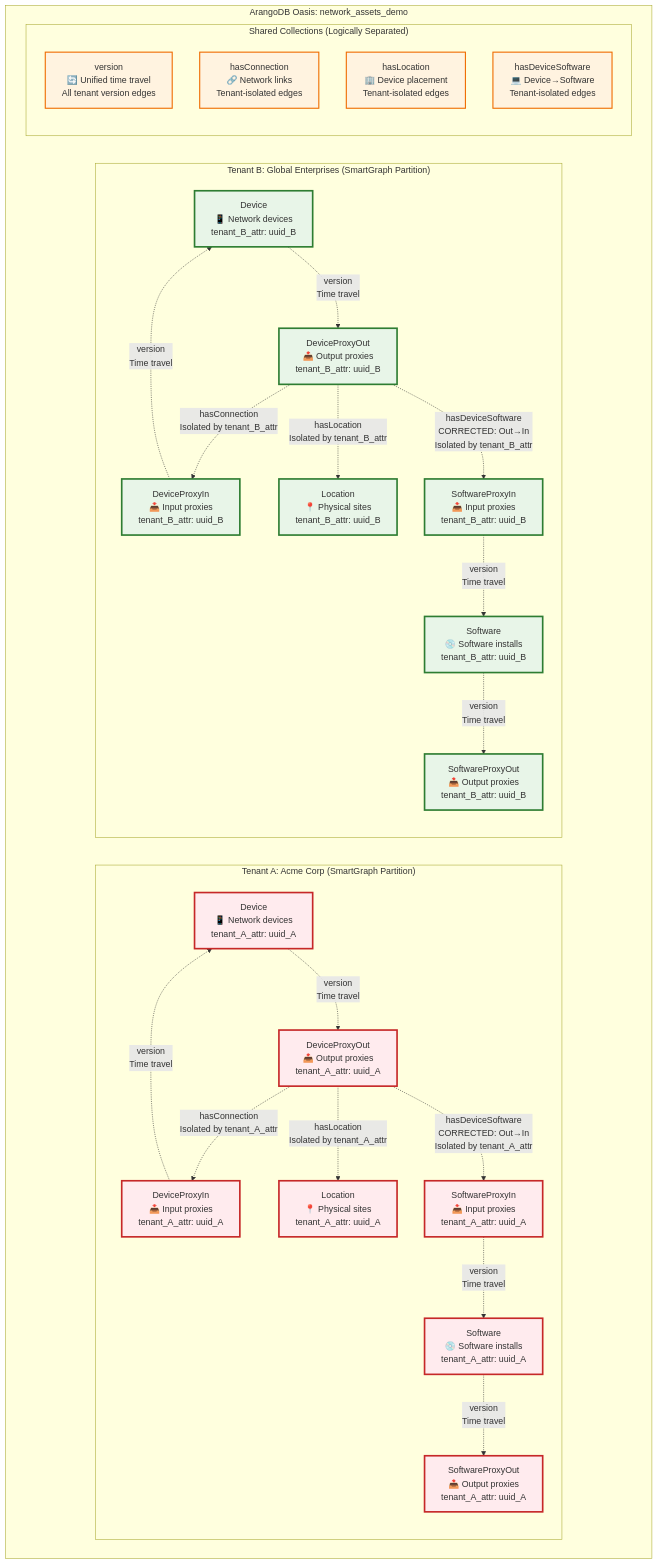
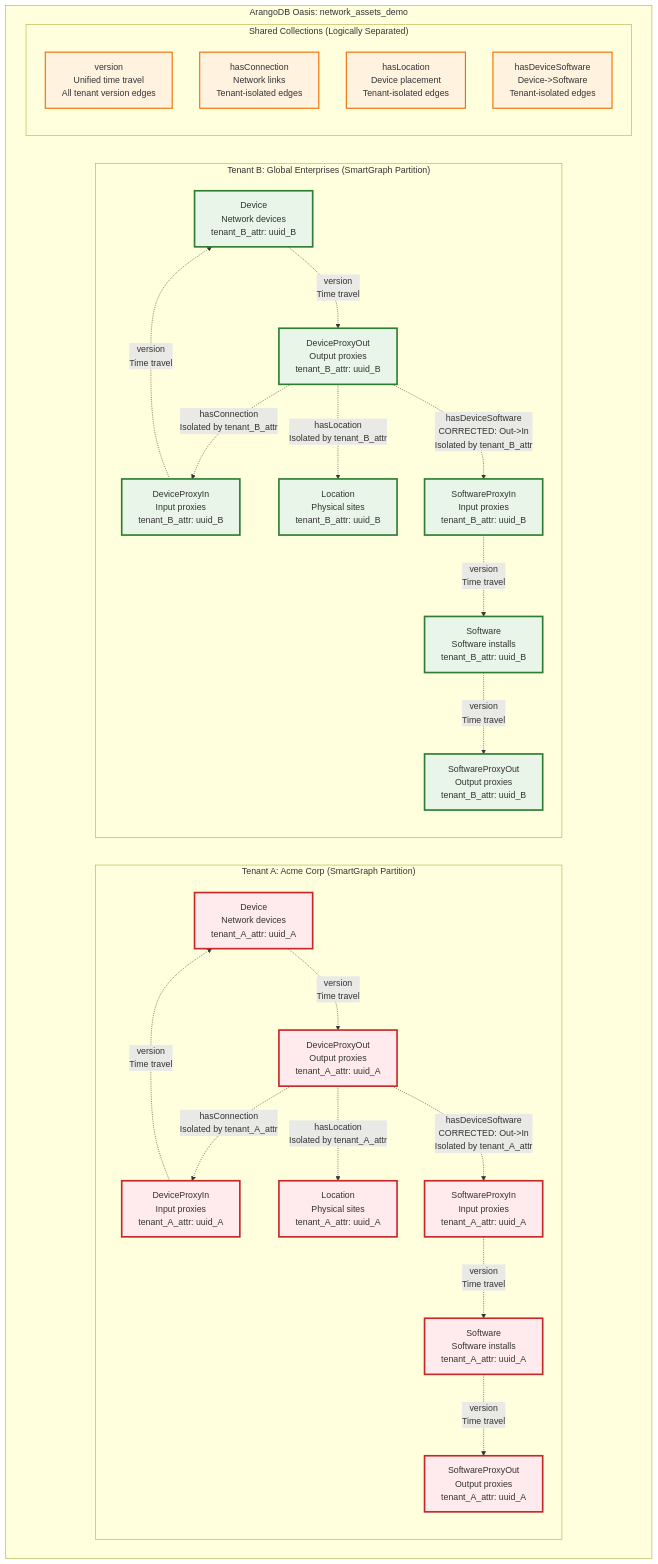
Before and after one commit to ArthurKeen/scalable-multi-tenant-temporal-graph-reference-implementation: the second of 2 diagrams in README.md, drawn with Mermaid. The commit also changed other lines of this file, not shown here.

First line of the commit message:
CRITICAL FIX: Remove all emojis from README.md - ASCII compliance

````diff
--- a/README.md
+++ b/README.md
@@ -102,63 +102,63 @@
 ```mermaid
 graph TB
     subgraph "ArangoDB Oasis: network_assets_demo"
         subgraph "Tenant A: Acme Corp (SmartGraph Partition)"
             direction TB
-            DA[Device<br/>📱 Network devices<br/>tenant_A_attr: uuid_A]
-            DPIA[DeviceProxyIn<br/>📥 Input proxies<br/>tenant_A_attr: uuid_A]
-            DPOA[DeviceProxyOut<br/>📤 Output proxies<br/>tenant_A_attr: uuid_A]
-            SA[Software<br/>💿 Software installs<br/>tenant_A_attr: uuid_A]
-            SPIA[SoftwareProxyIn<br/>📥 Input proxies<br/>tenant_A_attr: uuid_A]
-            SPOA[SoftwareProxyOut<br/>📤 Output proxies<br/>tenant_A_attr: uuid_A]
-            LA[Location<br/>📍 Physical sites<br/>tenant_A_attr: uuid_A]
+            DA[Device<br/>Network devices<br/>tenant_A_attr: uuid_A]
+            DPIA[DeviceProxyIn<br/>Input proxies<br/>tenant_A_attr: uuid_A]
+            DPOA[DeviceProxyOut<br/>Output proxies<br/>tenant_A_attr: uuid_A]
+            SA[Software<br/>Software installs<br/>tenant_A_attr: uuid_A]
+            SPIA[SoftwareProxyIn<br/>Input proxies<br/>tenant_A_attr: uuid_A]
+            SPOA[SoftwareProxyOut<br/>Output proxies<br/>tenant_A_attr: uuid_A]
+            LA[Location<br/>Physical sites<br/>tenant_A_attr: uuid_A]
         end
         
         subgraph "Tenant B: Global Enterprises (SmartGraph Partition)"  
             direction TB
-            DB[Device<br/>📱 Network devices<br/>tenant_B_attr: uuid_B]
-            DPIB[DeviceProxyIn<br/>📥 Input proxies<br/>tenant_B_attr: uuid_B]
-            DPOB[DeviceProxyOut<br/>📤 Output proxies<br/>tenant_B_attr: uuid_B]
-            SB[Software<br/>💿 Software installs<br/>tenant_B_attr: uuid_B]
-            SPIB[SoftwareProxyIn<br/>📥 Input proxies<br/>tenant_B_attr: uuid_B]
-            SPOB[SoftwareProxyOut<br/>📤 Output proxies<br/>tenant_B_attr: uuid_B]
-            LB[Location<br/>📍 Physical sites<br/>tenant_B_attr: uuid_B]
+            DB[Device<br/>Network devices<br/>tenant_B_attr: uuid_B]
+            DPIB[DeviceProxyIn<br/>Input proxies<br/>tenant_B_attr: uuid_B]
+            DPOB[DeviceProxyOut<br/>Output proxies<br/>tenant_B_attr: uuid_B]
+            SB[Software<br/>Software installs<br/>tenant_B_attr: uuid_B]
+            SPIB[SoftwareProxyIn<br/>Input proxies<br/>tenant_B_attr: uuid_B]
+            SPOB[SoftwareProxyOut<br/>Output proxies<br/>tenant_B_attr: uuid_B]
+            LB[Location<br/>Physical sites<br/>tenant_B_attr: uuid_B]
         end
         
         subgraph "Shared Collections (Logically Separated)"
-            VC[version<br/>🔄 Unified time travel<br/>All tenant version edges]
-            HC[hasConnection<br/>🔗 Network links<br/>Tenant-isolated edges]
-            HL[hasLocation<br/>🏢 Device placement<br/>Tenant-isolated edges]
-            HDS[hasDeviceSoftware<br/>💻 Device→Software<br/>Tenant-isolated edges]
+            VC[version<br/>Unified time travel<br/>All tenant version edges]
+            HC[hasConnection<br/>Network links<br/>Tenant-isolated edges]
+            HL[hasLocation<br/>Device placement<br/>Tenant-isolated edges]
+            HDS[hasDeviceSoftware<br/>Device->Software<br/>Tenant-isolated edges]
         end
     end
     
     %% Tenant A relationships (corrected logic)
     DPOA -.->|hasConnection<br/>Isolated by tenant_A_attr| DPIA
     DPOA -.->|hasLocation<br/>Isolated by tenant_A_attr| LA
-    DPOA -.->|hasDeviceSoftware<br/>CORRECTED: Out→In<br/>Isolated by tenant_A_attr| SPIA
+    DPOA -.->|hasDeviceSoftware<br/>CORRECTED: Out->In<br/>Isolated by tenant_A_attr| SPIA
     
     %% Tenant B relationships (corrected logic)
     DPOB -.->|hasConnection<br/>Isolated by tenant_B_attr| DPIB
     DPOB -.->|hasLocation<br/>Isolated by tenant_B_attr| LB  
-    DPOB -.->|hasDeviceSoftware<br/>CORRECTED: Out→In<br/>Isolated by tenant_B_attr| SPIB
+    DPOB -.->|hasDeviceSoftware<br/>CORRECTED: Out->In<br/>Isolated by tenant_B_attr| SPIB
     
     %% Time travel patterns (unified version collection)
     DPIA -.->|version<br/>Time travel| DA
     DA -.->|version<br/>Time travel| DPOA
     SPIA -.->|version<br/>Time travel| SA
     SA -.->|version<br/>Time travel| SPOA
     
     DPIB -.->|version<br/>Time travel| DB
     DB -.->|version<br/>Time travel| DPOB
     SPIB -.->|version<br/>Time travel| SB
     SB -.->|version<br/>Time travel| SPOB
     
     classDef tenantA fill:#ffebee,stroke:#c62828,stroke-width:3px
     classDef tenantB fill:#e8f5e8,stroke:#2e7d32,stroke-width:3px
     classDef shared fill:#fff3e0,stroke:#ef6c00,stroke-width:2px
     classDef corrected fill:#e1f5fe,stroke:#0277bd,stroke-width:3px
     
     class DA,DPIA,DPOA,SA,SPIA,SPOA,LA tenantA
     class DB,DPIB,DPOB,SB,SPIB,SPOB,LB tenantB
     class VC,HC,HL,HDS shared
 ```
````
